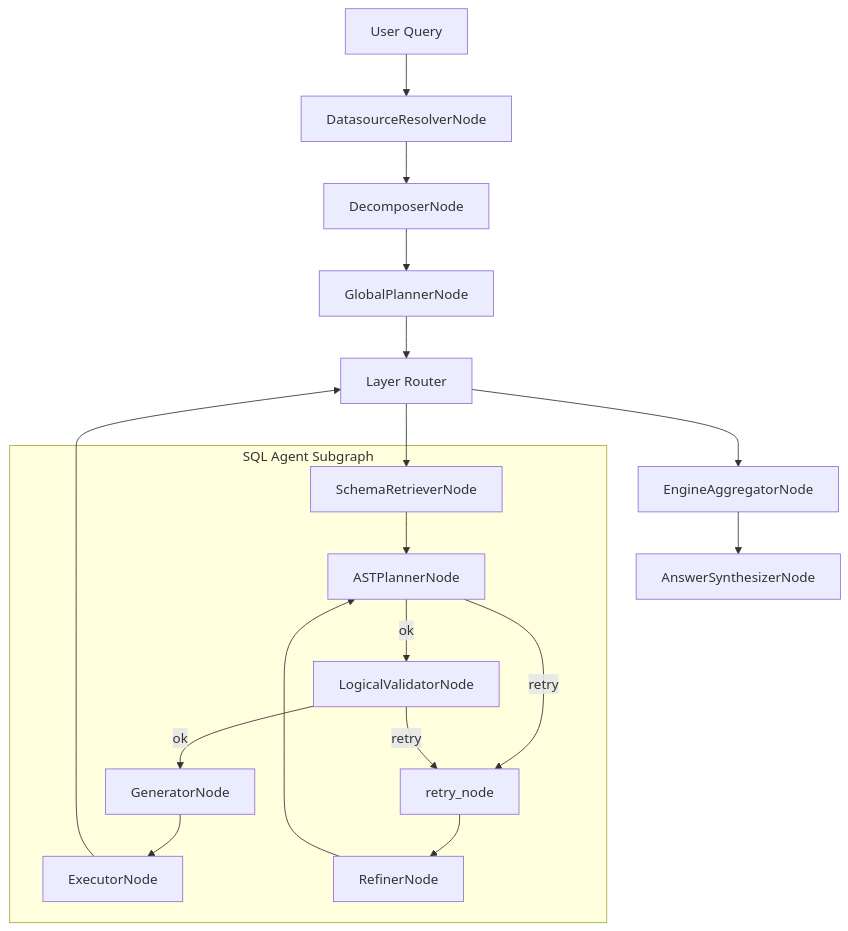
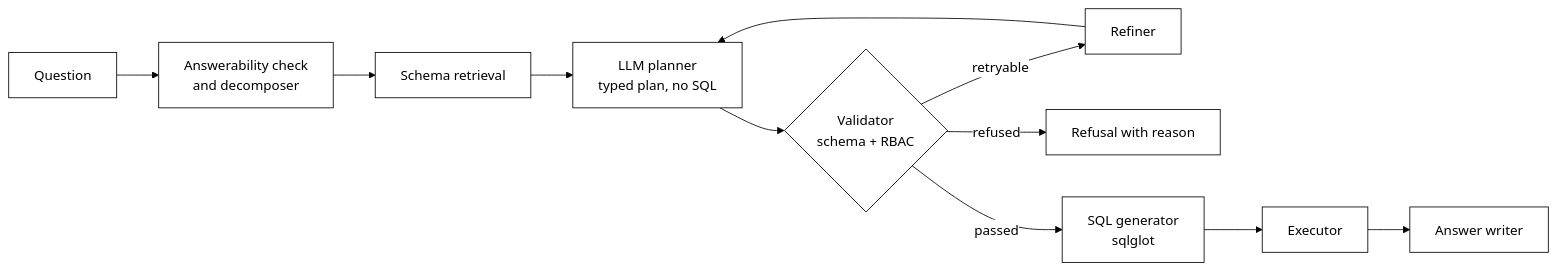
The diagram in README.md (nadeem4/nl2sql), drawn with Mermaid before and after one commit. The commit also changed other lines of this file and 26 other files, not shown here.

````diff
--- a/README.md
+++ b/README.md
@@ -208,23 +44,12 @@
 ```mermaid
-flowchart TD
-    User[User Query] --> Resolver[DatasourceResolverNode]
-    Resolver --> Decomposer[DecomposerNode]
-    Decomposer --> Planner[GlobalPlannerNode]
-    Planner --> Router[Layer Router]
-
-    subgraph SQLAgent["SQL Agent Subgraph"]
-        Schema[SchemaRetrieverNode] --> AST[ASTPlannerNode]
-        AST -->|ok| Logical[LogicalValidatorNode]
-        AST -->|retry| Retry[retry_node]
-        Logical -->|ok| Generator[GeneratorNode]
-        Logical -->|retry| Retry
-        Generator --> Executor[ExecutorNode]
-        Retry --> Refiner[RefinerNode]
-        Refiner --> AST
-    end
-
-    Router --> Schema
-    Executor --> Router
-    Router --> Aggregator[EngineAggregatorNode]
-    Aggregator --> Synthesizer[AnswerSynthesizerNode]
+%%{init: {'theme':'base','themeVariables':{'primaryColor':'#ffffff','primaryTextColor':'#000000','primaryBorderColor':'#000000','lineColor':'#000000'}}}%%
+flowchart LR
+    Q[Question] --> R[Answerability check<br/>and decomposer]
+    R --> S[Schema retrieval]
+    S --> P[LLM planner<br/>typed plan, no SQL]
+    P --> V{Validator<br/>schema + RBAC}
+    V -->|retryable| F[Refiner] --> P
+    V -->|refused| X[Refusal with reason]
+    V -->|passed| G[SQL generator<br/>sqlglot]
+    G --> E[Executor] --> A[Answer writer]
 ```
````
